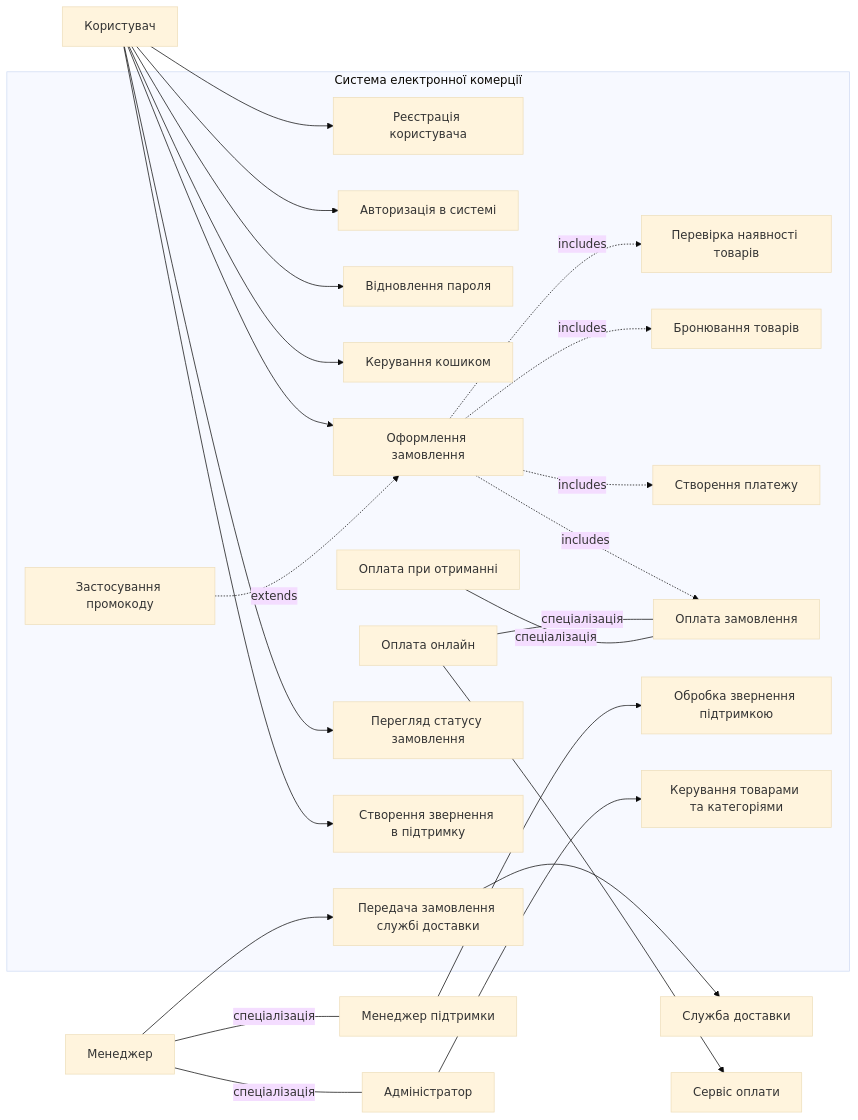
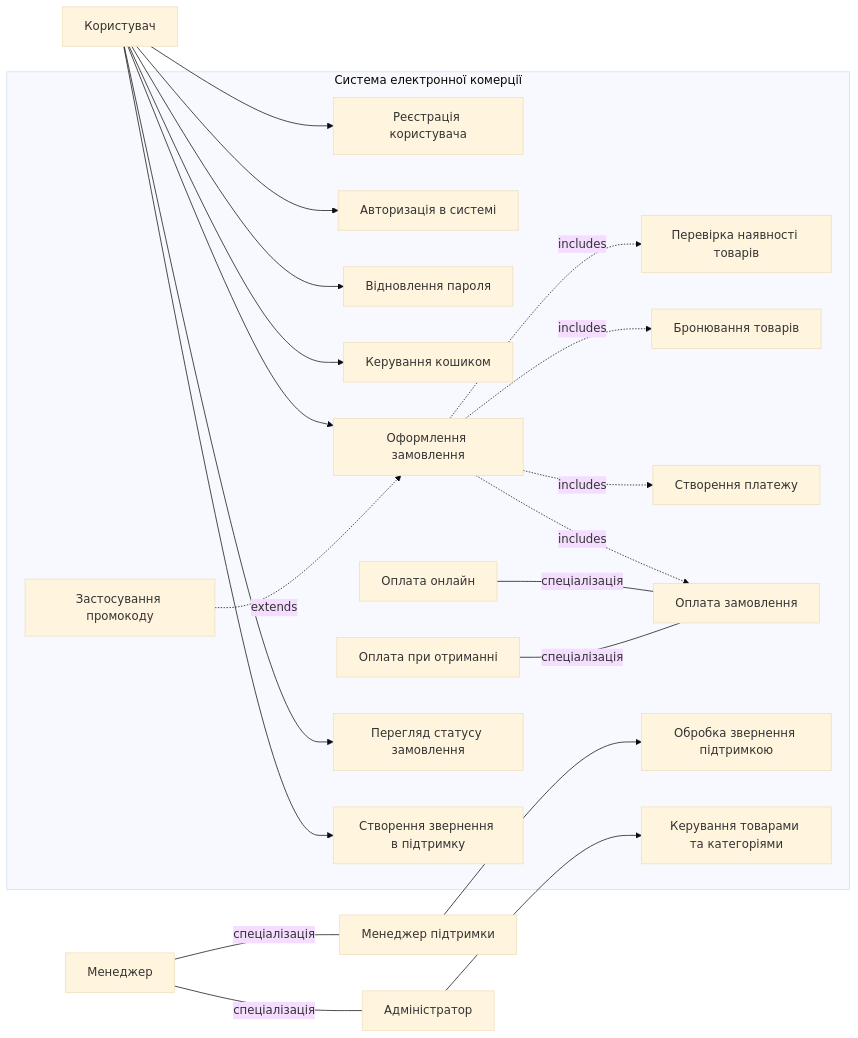
The diagram in lab2/use_case.md (sklokcm/KPI2), drawn with Mermaid (base theme) before and after one commit. The commit also changed 1 other file, not shown here.

Commit message:
Додав ще один сценарій у Gherkin та виправив синтаксис, також видалив зовнішніх  агентів з UC діаграми та виправив відповідно до цього матрицю трасування

````diff
--- a/lab2/use_case.md
+++ b/lab2/use_case.md
@@ -1,55 +1,49 @@
 ```mermaid
 flowchart LR
     User[Користувач]
     Manager[Менеджер]
     SupportManager[Менеджер підтримки]
     Administrator[Адміністратор]
-    Delivery[Служба доставки]
-    Payment[Сервіс оплати]
 
     Manager ---|спеціалізація| SupportManager
     Manager ---|спеціалізація| Administrator
 
     subgraph System[Система електронної комерції]
         UC1[Реєстрація користувача]
         UC2[Авторизація в системі]
         UC3[Відновлення пароля]
         UC4[Керування кошиком]
         UC5[Оформлення замовлення]
         UC6[Перевірка наявності товарів]
         UC7[Бронювання товарів]
         UC8[Створення платежу]
         UC9[Оплата замовлення]
         UC10[Оплата онлайн]
         UC11[Оплата при отриманні]
         UC12[Застосування промокоду]
         UC13[Перегляд статусу замовлення]
         UC14[Створення звернення в підтримку]
         UC15[Обробка звернення підтримкою]
         UC16[Керування товарами та категоріями]
-        UC17[Передача замовлення службі доставки]
     end
 
     User --> UC1
     User --> UC2
     User --> UC3
     User --> UC4
     User --> UC5
     User --> UC13
     User --> UC14
 
     SupportManager --> UC15
     Administrator --> UC16
-    Manager --> UC17
 
     UC5 -. includes .-> UC6
     UC5 -. includes .-> UC7
     UC5 -. includes .-> UC8
     UC5 -. includes .-> UC9
     UC10 ---|спеціалізація| UC9
     UC11 ---|спеціалізація| UC9
     UC12 -. extends .-> UC5
 
-    UC17 --> Delivery
-    UC10 --> Payment
 ```
````
